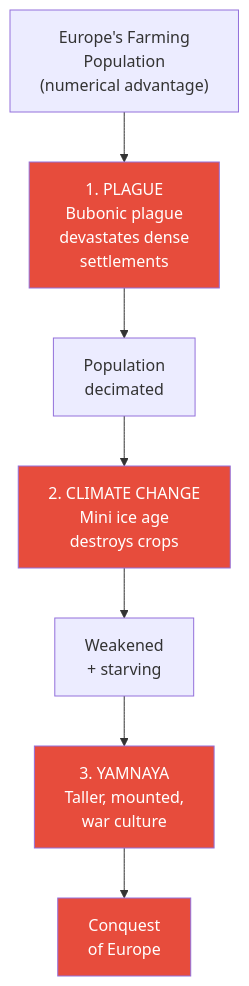
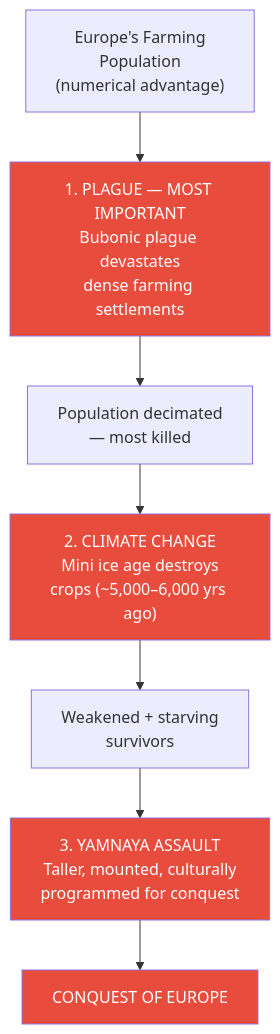
One commit to alius33/reader changed the fifth of 6 diagrams in summaries/Lectures/Civilization/05 - The Yamnaya Conquest of Europe.md. Above: the diagram before and after it, drawn with Mermaid. The commit also changed other lines of this file and 26 other files, not shown here.

````diff
--- a/summaries/Lectures/Civilization/05 - The Yamnaya Conquest of Europe.md
+++ b/summaries/Lectures/Civilization/05 - The Yamnaya Conquest of Europe.md
@@ -393,17 +310,17 @@
 ```mermaid
 flowchart TB
     EU["Europe's Farming<br/>Population<br/>(numerical advantage)"]
-    PL["1. PLAGUE<br/>Bubonic plague<br/>devastates dense<br/>settlements"]
-    CC["2. CLIMATE CHANGE<br/>Mini ice age<br/>destroys crops"]
-    YA["3. YAMNAYA<br/>Taller, mounted,<br/>war culture"]
+    PL["1. PLAGUE — MOST IMPORTANT<br/>Bubonic plague devastates<br/>dense farming settlements"]
+    CC["2. CLIMATE CHANGE<br/>Mini ice age destroys<br/>crops (~5,000–6,000 yrs ago)"]
+    YA["3. YAMNAYA ASSAULT<br/>Taller, mounted, culturally<br/>programmed for conquest"]
     EU --> PL
-    PL --> D["Population<br/>decimated"]
+    PL --> D["Population decimated<br/>— most killed"]
     D --> CC
-    CC --> W["Weakened<br/>+ starving"]
+    CC --> W["Weakened + starving<br/>survivors"]
     W --> YA
-    YA --> C["Conquest<br/>of Europe"]
+    YA --> C["CONQUEST OF EUROPE"]
     style PL fill:#e74c3c,color:#fff
     style CC fill:#e74c3c,color:#fff
     style YA fill:#e74c3c,color:#fff
     style C fill:#e74c3c,color:#fff
 ```
````
